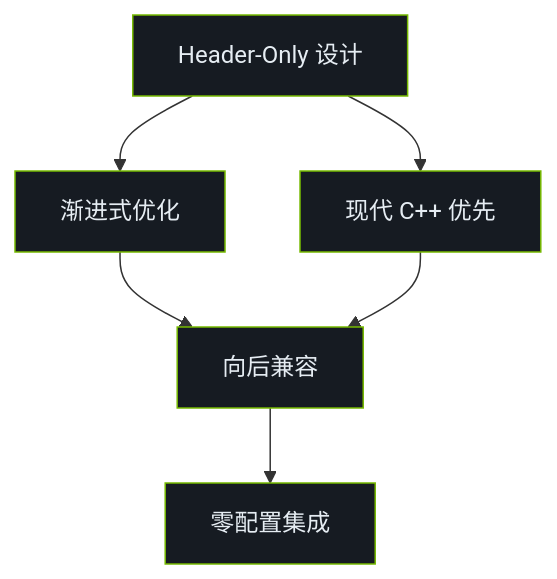
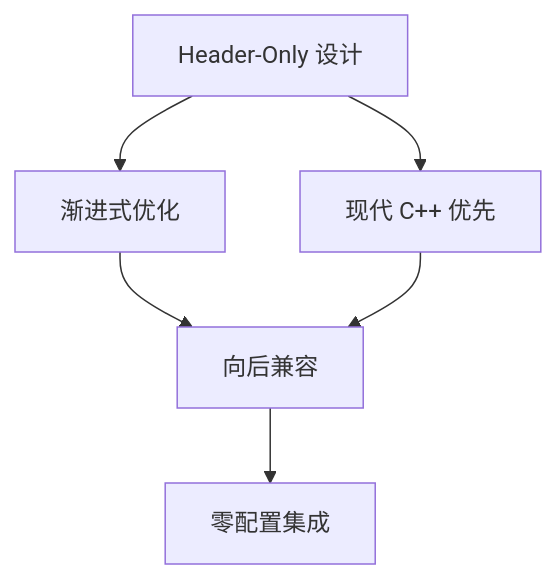
Before and after one commit to LessUp/cuda-kernel-academy: the first of 3 diagrams in docs/zh/modules/02/architecture.md, drawn with Mermaid. The commit also changed other lines of this file and 45 other files, not shown here.

````diff
--- a/docs/zh/modules/02/architecture.md
+++ b/docs/zh/modules/02/architecture.md
@@ -11,14 +11,9 @@
 ```mermaid
 graph TD
     A[Header-Only 设计] --> B[渐进式优化]
     A --> C[现代 C++ 优先]
     B --> D[向后兼容]
     C --> D
     D --> E[零配置集成]
 
-    style A fill:#161b22,stroke:#76B900,color:#e6edf3
-    style B fill:#161b22,stroke:#76B900,color:#e6edf3
-    style C fill:#161b22,stroke:#76B900,color:#e6edf3
-    style D fill:#161b22,stroke:#76B900,color:#e6edf3
-    style E fill:#161b22,stroke:#76B900,color:#e6edf3
 ```
````
